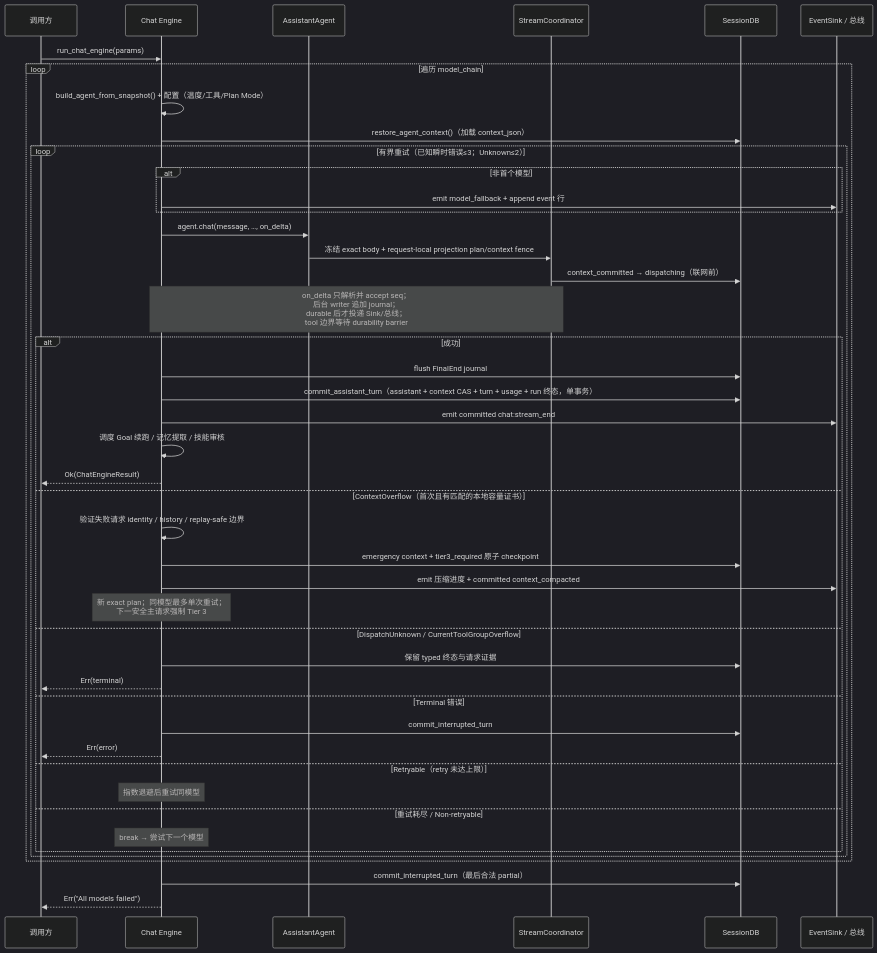
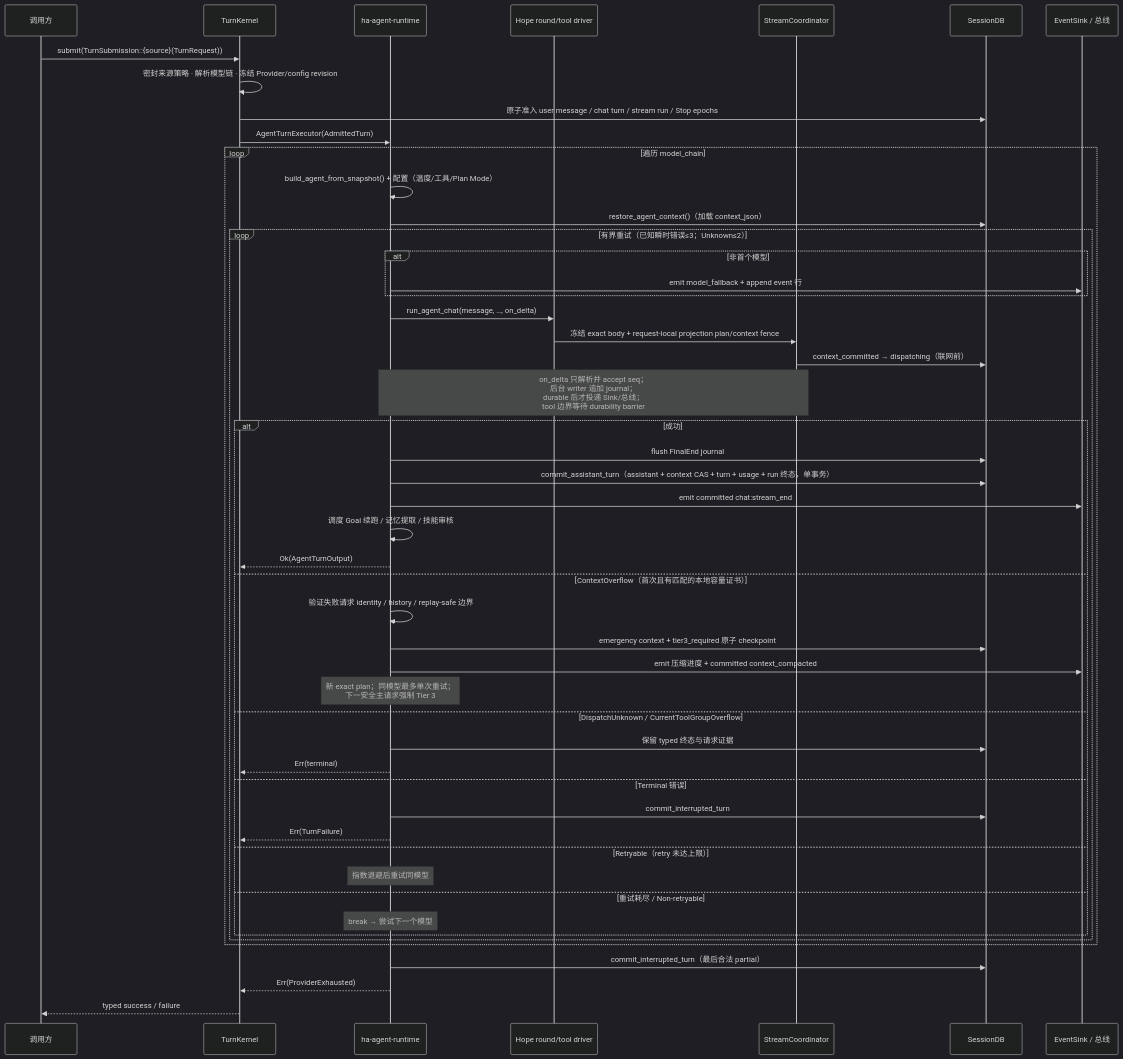
One commit to shiwenwen/hope-agent changed the second of 7 diagrams in docs/architecture/core/chat-engine.md. Above: the diagram before and after it, drawn with Mermaid (dark theme). The commit also changed other lines of this file and 230 other files, not shown here.

Commit message:
🦭 refactor: converge agent kernel and execution runtimes

````diff
--- a/docs/architecture/core/chat-engine.md
+++ b/docs/architecture/core/chat-engine.md
@@ -249,53 +265,58 @@
 ```mermaid
 sequenceDiagram
     participant Caller as 调用方
-    participant Engine as Chat Engine
-    participant Agent as AssistantAgent
+    participant Kernel as TurnKernel
+    participant Runtime as ha-agent-runtime
+    participant Round as Hope round/tool driver
     participant Coord as StreamCoordinator
     participant DB as SessionDB
     participant Sink as EventSink / 总线
 
-    Caller->>Engine: run_chat_engine(params)
+    Caller->>Kernel: submit(TurnSubmission::{source}(TurnRequest))
+    Kernel->>Kernel: 密封来源策略 · 解析模型链 · 冻结 Provider/config revision
+    Kernel->>DB: 原子准入 user message / chat turn / stream run / Stop epochs
+    Kernel->>Runtime: AgentTurnExecutor(AdmittedTurn)
 
     loop 遍历 model_chain
-        Engine->>Engine: build_agent_from_snapshot() + 配置（温度/工具/Plan Mode）
-        Engine->>DB: restore_agent_context()（加载 context_json）
+        Runtime->>Runtime: build_agent_from_snapshot() + 配置（温度/工具/Plan Mode）
+        Runtime->>DB: restore_agent_context()（加载 context_json）
 
         loop 有界重试（已知瞬时错误≤3；Unknown≤2）
             alt 非首个模型
-                Engine->>Sink: emit model_fallback + append event 行
+                Runtime->>Sink: emit model_fallback + append event 行
             end
 
-            Engine->>Agent: agent.chat(message, …, on_delta)
-            Agent->>Coord: 冻结 exact body + request-local projection plan/context fence
+            Runtime->>Round: run_agent_chat(message, …, on_delta)
+            Round->>Coord: 冻结 exact body + request-local projection plan/context fence
             Coord->>DB: context_committed → dispatching（联网前）
-            Note over Engine,Coord: on_delta 只解析并 accept seq；<br/>后台 writer 追加 journal；<br/>durable 后才投递 Sink/总线；<br/>tool 边界等待 durability barrier
+            Note over Runtime,Coord: on_delta 只解析并 accept seq；<br/>后台 writer 追加 journal；<br/>durable 后才投递 Sink/总线；<br/>tool 边界等待 durability barrier
 
             alt 成功
-                Engine->>DB: flush FinalEnd journal
-                Engine->>DB: commit_assistant_turn（assistant + context CAS + turn + usage + run 终态，单事务）
-                Engine->>Sink: emit committed chat:stream_end
-                Engine->>Engine: 调度 Goal 续跑 / 记忆提取 / 技能审核
-                Engine-->>Caller: Ok(ChatEngineResult)
+                Runtime->>DB: flush FinalEnd journal
+                Runtime->>DB: commit_assistant_turn（assistant + context CAS + turn + usage + run 终态，单事务）
+                Runtime->>Sink: emit committed chat:stream_end
+                Runtime->>Runtime: 调度 Goal 续跑 / 记忆提取 / 技能审核
+                Runtime-->>Kernel: Ok(AgentTurnOutput)
             else ContextOverflow（首次且有匹配的本地容量证书）
-                Engine->>Engine: 验证失败请求 identity / history / replay-safe 边界
-                Engine->>DB: emergency context + tier3_required 原子 checkpoint
-                Engine->>Sink: emit 压缩进度 + committed context_compacted
-                Note over Engine: 新 exact plan；同模型最多单次重试；<br/>下一安全主请求强制 Tier 3
+                Runtime->>Runtime: 验证失败请求 identity / history / replay-safe 边界
+                Runtime->>DB: emergency context + tier3_required 原子 checkpoint
+                Runtime->>Sink: emit 压缩进度 + committed context_compacted
+                Note over Runtime: 新 exact plan；同模型最多单次重试；<br/>下一安全主请求强制 Tier 3
             else DispatchUnknown / CurrentToolGroupOverflow
-                Engine->>DB: 保留 typed 终态与请求证据
-                Engine-->>Caller: Err(terminal)
+                Runtime->>DB: 保留 typed 终态与请求证据
+                Runtime-->>Kernel: Err(terminal)
             else Terminal 错误
-                Engine->>DB: commit_interrupted_turn
-                Engine-->>Caller: Err(error)
+                Runtime->>DB: commit_interrupted_turn
+                Runtime-->>Kernel: Err(TurnFailure)
             else Retryable（retry 未达上限）
-                Note over Engine: 指数退避后重试同模型
+                Note over Runtime: 指数退避后重试同模型
             else 重试耗尽 / Non-retryable
-                Note over Engine: break → 尝试下一个模型
+                Note over Runtime: break → 尝试下一个模型
             end
         end
     end
 
-    Engine->>DB: commit_interrupted_turn（最后合法 partial）
-    Engine-->>Caller: Err("All models failed")
+    Runtime->>DB: commit_interrupted_turn（最后合法 partial）
+    Runtime-->>Kernel: Err(ProviderExhausted)
+    Kernel-->>Caller: typed success / failure
 ```
````
